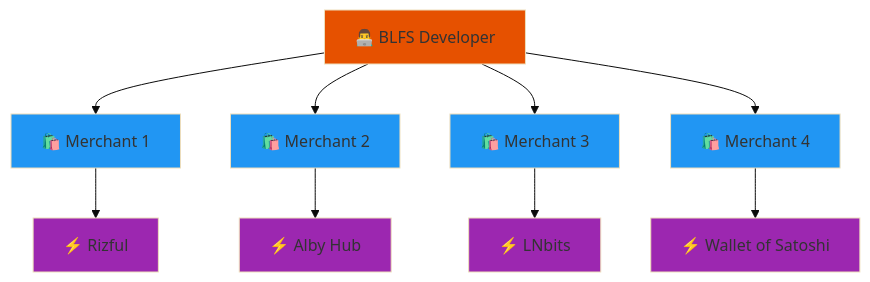
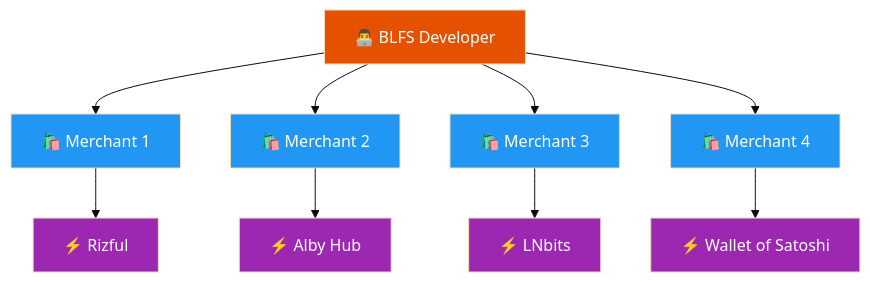
Before and after one commit to MegalithicBTC/BLFS: the second of 3 diagrams in readme.md, drawn with Mermaid (base theme). The commit also changed other lines of this file, not shown here.

````diff
--- a/readme.md
+++ b/readme.md
@@ -38,22 +38,22 @@
 ```mermaid
 graph TD
   Dev["👨‍💻 BLFS Developer"] --> M1["🛍️ Merchant 1"]
   Dev --> M2["🛍️ Merchant 2"]
   Dev --> M3["🛍️ Merchant 3"]
   Dev --> M4["🛍️ Merchant 4"]
 
   M1 --> NWC1["⚡ Rizful"]
   M2 --> NWC2["⚡ Alby Hub"]
   M3 --> NWC3["⚡ LNbits"]
   M4 --> NWC4["⚡ Wallet of Satoshi"]
   
-  style Dev fill:#e65100
-  style M1 fill:#2196f3
-  style M2 fill:#2196f3
-  style M3 fill:#2196f3
-  style M4 fill:#2196f3
-  style NWC1 fill:#9c27b0
-  style NWC2 fill:#9c27b0
-  style NWC3 fill:#9c27b0
-  style NWC4 fill:#9c27b0
+  style Dev fill:#e65100,color:#fff
+  style M1 fill:#2196f3,color:#fff
+  style M2 fill:#2196f3,color:#fff
+  style M3 fill:#2196f3,color:#fff
+  style M4 fill:#2196f3,color:#fff
+  style NWC1 fill:#9c27b0,color:#fff
+  style NWC2 fill:#9c27b0,color:#fff
+  style NWC3 fill:#9c27b0,color:#fff
+  style NWC4 fill:#9c27b0,color:#fff
 ```
````
